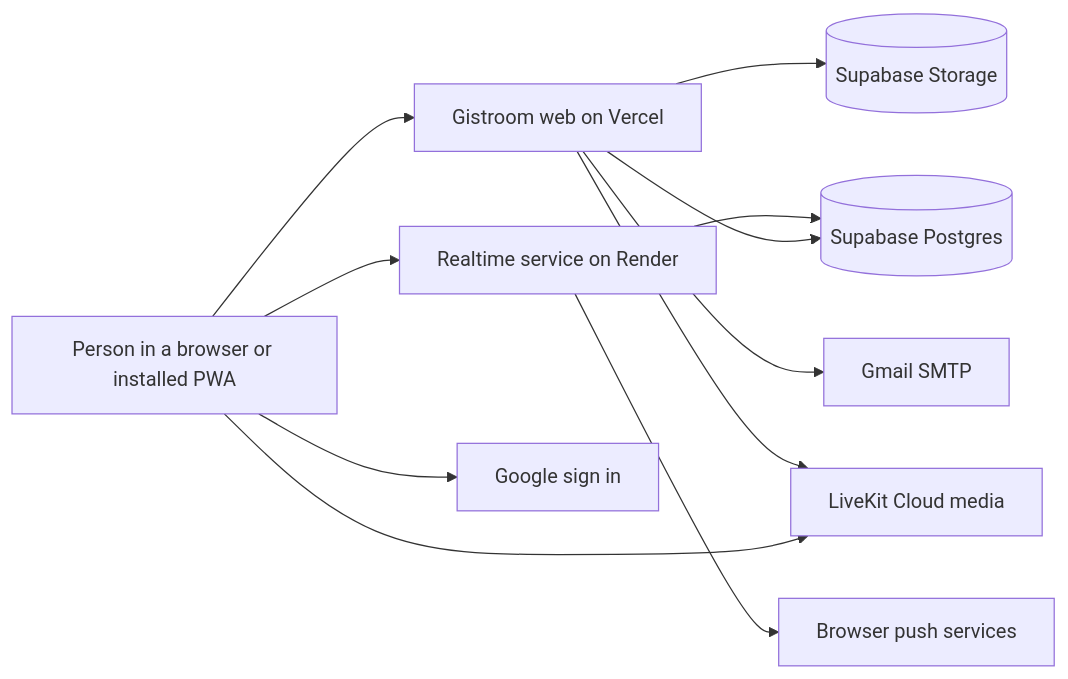
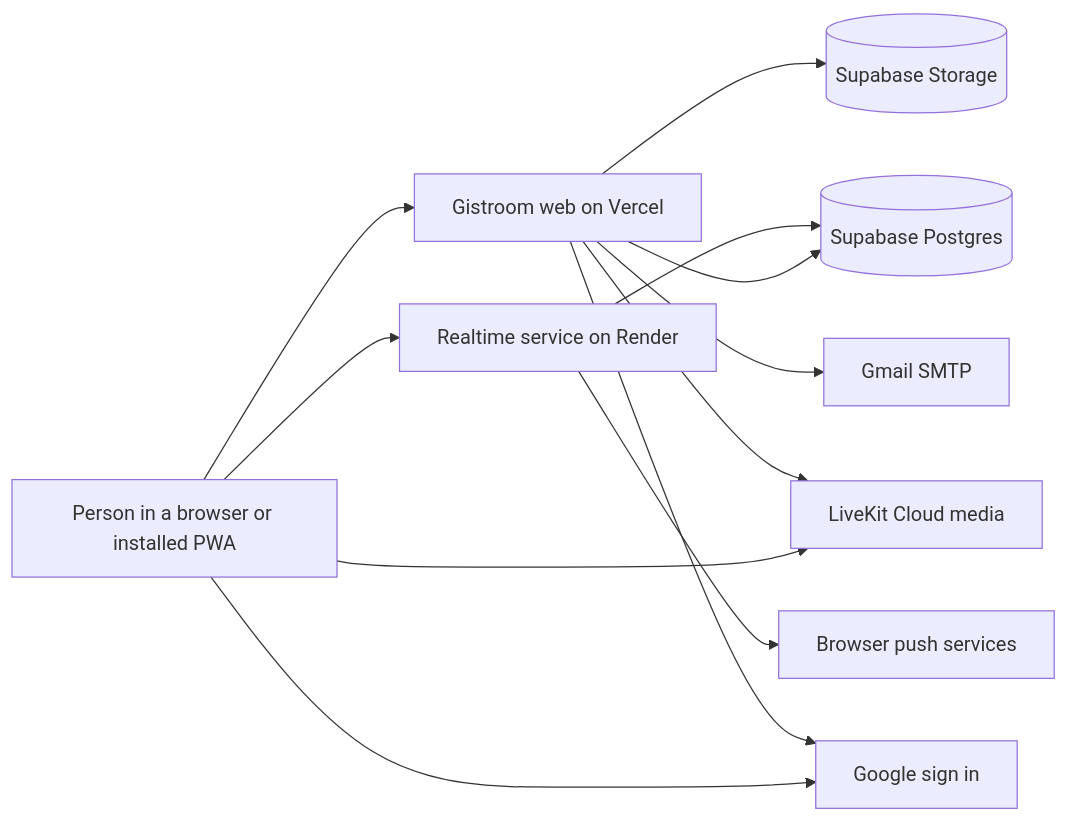
The first of 16 diagrams in README.md (oyedokunken/gistroom), drawn with Mermaid before and after one commit. The commit also changed other lines of this file, not shown here.

Commit message:
Rewrite the README with a table of contents, diagrams, API reference and module overview

````diff
--- a/README.md
+++ b/README.md
@@ -24,13 +110,14 @@
 ```mermaid
 flowchart LR
   Person[Person in a browser or installed PWA] --> Web[Gistroom web on Vercel]
   Person --> RT[Realtime service on Render]
   Person --> LK[LiveKit Cloud media]
   Web --> DB[(Supabase Postgres)]
   Web --> Store[(Supabase Storage)]
   Web --> LK
   RT --> DB
   RT --> Push[Browser push services]
   Web --> Mail[Gmail SMTP]
   Person --> Google[Google sign in]
+  Web --> Google
 ```
````
